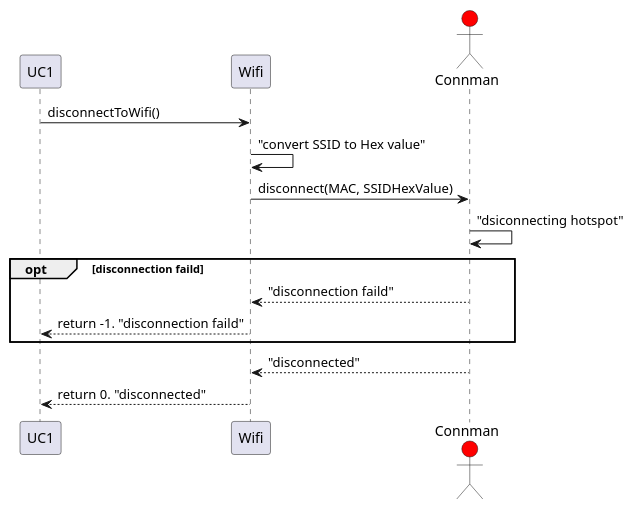
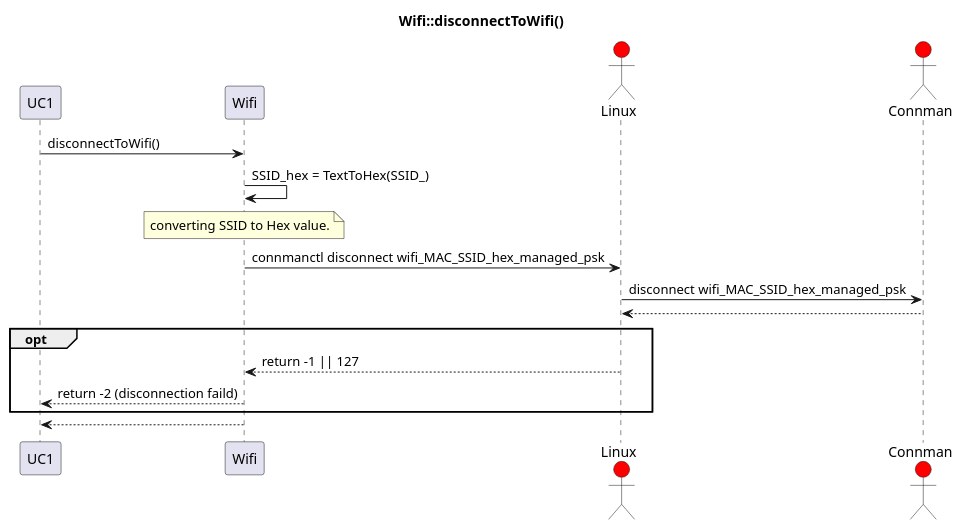
Before and after one commit to Solvgraa-mager/E3PRJ3: the diagram in Diagrammer/Robo_Sumo_Battle/Communication/Sekvensdiagrammer/Wifi/Wifi_disconnectToWifi.plantuml, drawn with PlantUML. The commit also changed 7 other files, not shown here.

Commit message:
TCP, Wifi sekvensdiagrammer update

```diff
--- a/Diagrammer/Robo_Sumo_Battle/Communication/Sekvensdiagrammer/Wifi/Wifi_disconnectToWifi.plantuml
+++ b/Diagrammer/Robo_Sumo_Battle/Communication/Sekvensdiagrammer/Wifi/Wifi_disconnectToWifi.plantuml
@@ -1,17 +1,24 @@
 @startuml
+title Wifi::disconnectToWifi()
 participant UC1
 participant Wifi
+actor Linux #red
 actor Connman #red
 
+
 UC1 -> Wifi : disconnectToWifi()
-Wifi -> Wifi : "convert SSID to Hex value"
-Wifi -> Connman : disconnect(MAC, SSIDHexValue)
-Connman -> Connman : "dsiconnecting hotspot"
-opt disconnection faild
-    Connman --> Wifi : "disconnection faild"
-    Wifi --> UC1 : return -1. "disconnection faild"
-end
-Connman --> Wifi : "disconnected"
-Wifi --> UC1 : return 0. "disconnected"
+
+Wifi -> Wifi : SSID_hex = TextToHex(SSID_) 
+note over Wifi : converting SSID to Hex value.
+
+Wifi -> Linux : connmanctl disconnect wifi_MAC_SSID_hex_managed_psk
+Linux -> Connman : disconnect wifi_MAC_SSID_hex_managed_psk
+Linux <-- Connman 
+opt 
+    Wifi <-- Linux : return -1 || 127 
+    UC1 <-- Wifi : return -2 (disconnection faild)
+end 
+UC1 <-- Wifi
+
 
 @enduml
```
